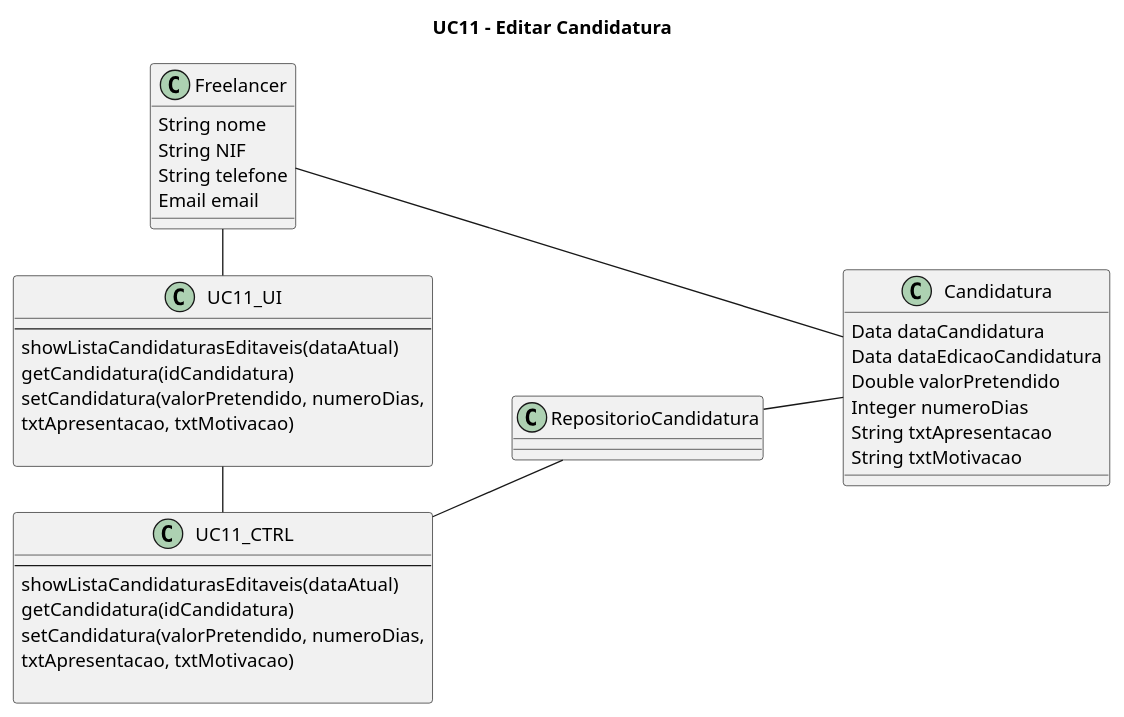
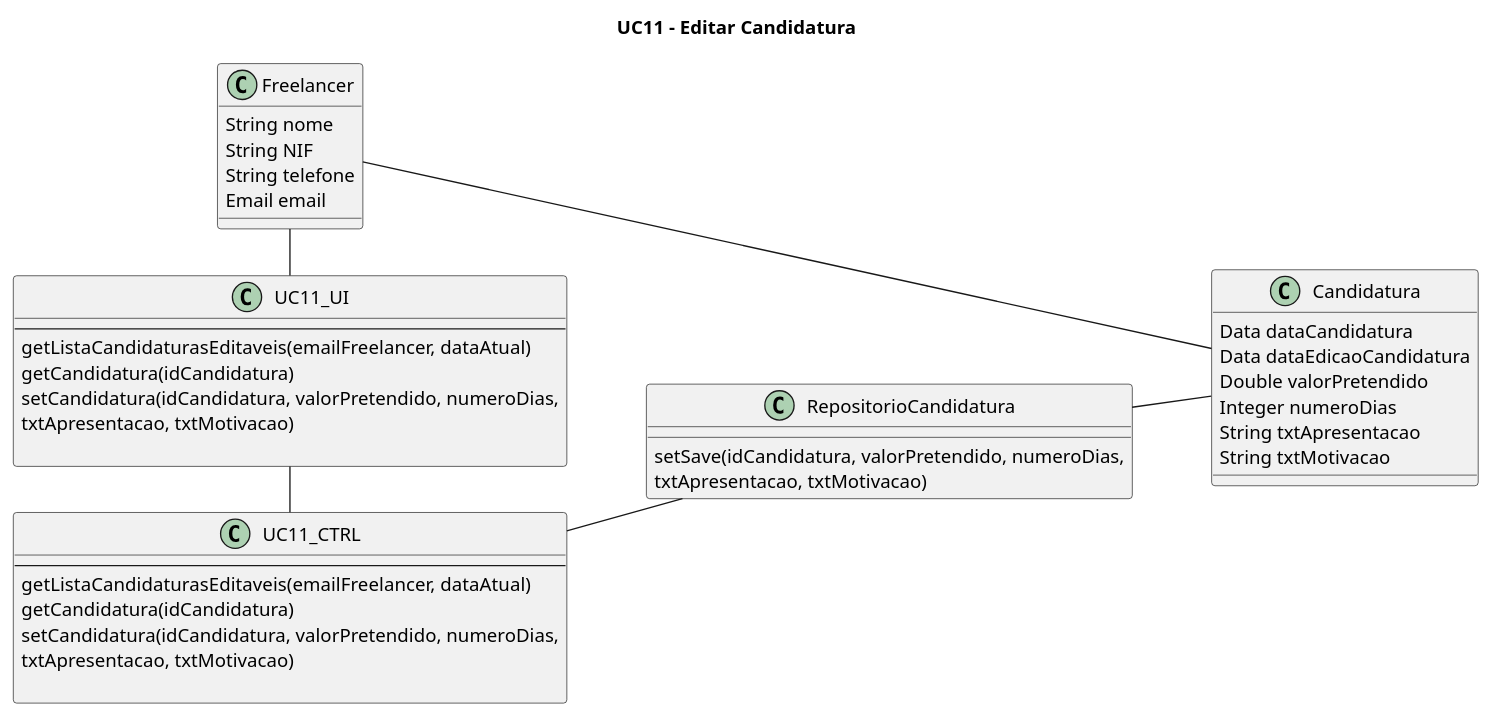
Before and after one commit to blestonbandeiraUPSKILL/upskill_java1_labprg_grupo2: the diagram in Documentação/Sprint 4/UC11_Editar_Candidatura/UC11_Editar_Candidatura_DiagClas.plantuml, drawn with PlantUML. The commit also changed 1 other file, not shown here.

```diff
--- a/Documentação/Sprint 4/UC11_Editar_Candidatura/UC11_Editar_Candidatura_DiagClas.plantuml
+++ b/Documentação/Sprint 4/UC11_Editar_Candidatura/UC11_Editar_Candidatura_DiagClas.plantuml
@@ -1,47 +1,49 @@
 @startuml
 left to right direction
 
 title UC11 - Editar Candidatura
 
 class Freelancer {
     String nome 
     String NIF
     String telefone
     Email email
 }
 class Candidatura {
     Data dataCandidatura
     Data dataEdicaoCandidatura
     Double valorPretendido
     Integer numeroDias
     String txtApresentacao
     String txtMotivacao
 }
 
 class UC11_UI{
     --
-    showListaCandidaturasEditaveis(dataAtual)
+    getListaCandidaturasEditaveis(emailFreelancer, dataAtual)
     getCandidatura(idCandidatura)
-    setCandidatura(valorPretendido, numeroDias,
+    setCandidatura(idCandidatura, valorPretendido, numeroDias,
     txtApresentacao, txtMotivacao)
     
 }
 class UC11_CTRL{
     --
-    showListaCandidaturasEditaveis(dataAtual)
+    getListaCandidaturasEditaveis(emailFreelancer, dataAtual)
     getCandidatura(idCandidatura)
-    setCandidatura(valorPretendido, numeroDias,
+    setCandidatura(idCandidatura, valorPretendido, numeroDias,
     txtApresentacao, txtMotivacao)
    
 }
 
 class RepositorioCandidatura {
+    setSave(idCandidatura, valorPretendido, numeroDias,
+    txtApresentacao, txtMotivacao)
 
 }
 
 UC11_UI - UC11_CTRL
 UC11_CTRL -- RepositorioCandidatura
 RepositorioCandidatura -- Candidatura
 Freelancer - UC11_UI
 Freelancer - Candidatura
 @enduml
```
